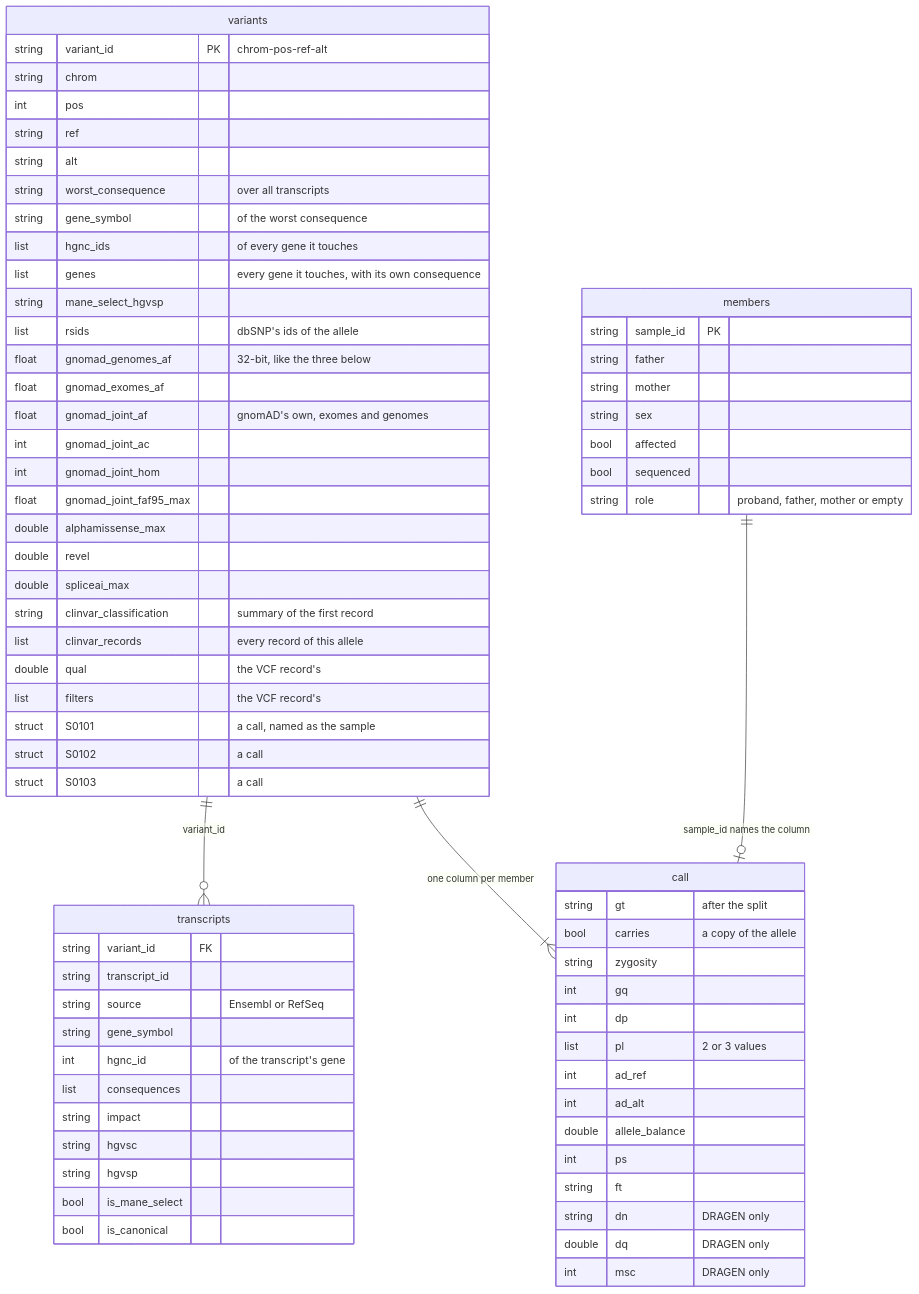
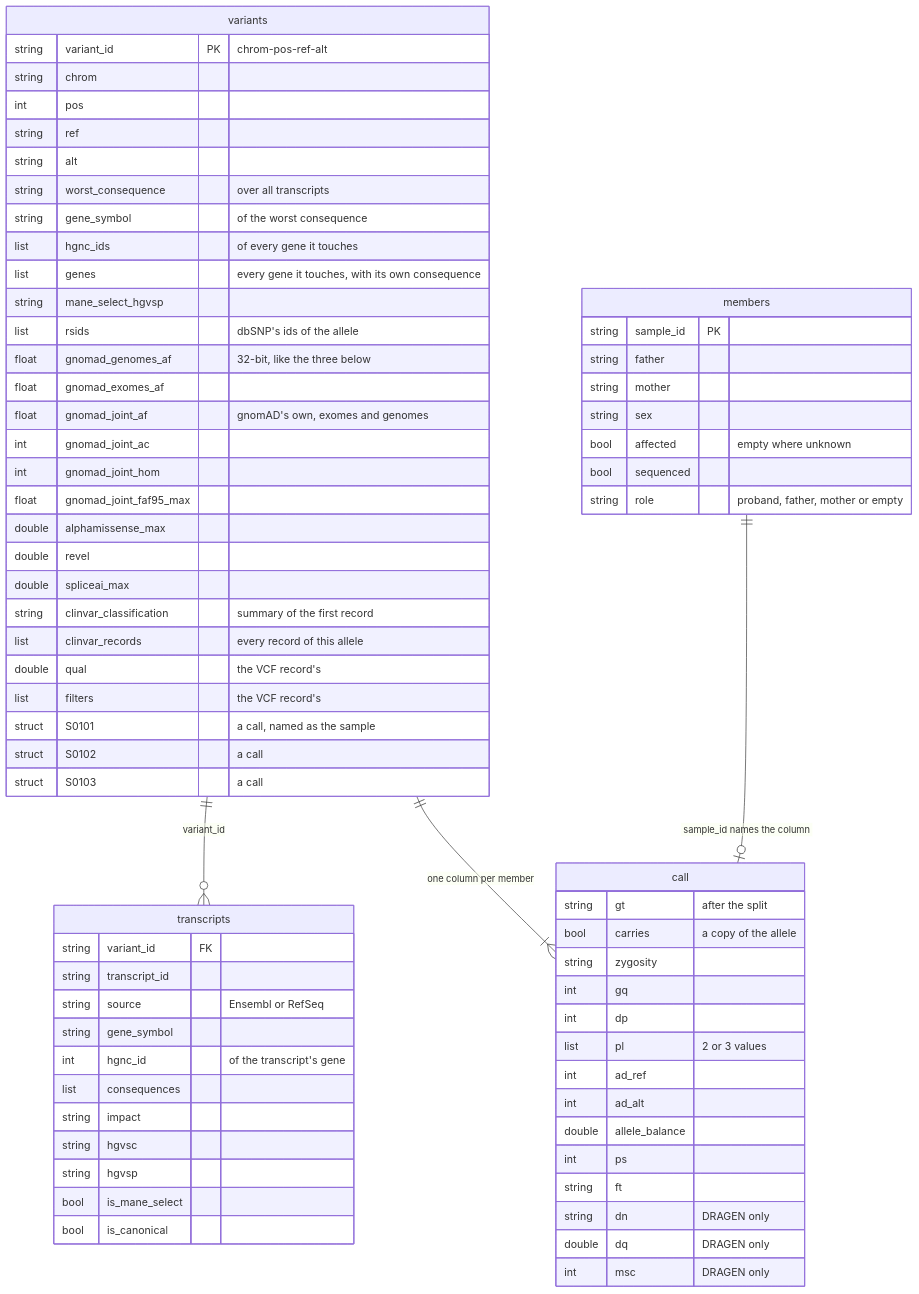
One commit to populationgenomics/case-annotation-pipeline changed the second of 4 diagrams in docs/family-tables.md. Above: the diagram before and after it, drawn with Mermaid. The commit also changed other lines of this file and 27 other files, not shown here.

First line of the commit message:
Write an unknown as null: `carries` without a call, `affected` without a phenotype (#11)

````diff
--- a/docs/family-tables.md
+++ b/docs/family-tables.md
@@ -89,73 +89,73 @@
 ```mermaid
 erDiagram
     variants ||--o{ transcripts : "variant_id"
     variants ||--|{ call : "one column per member"
     members ||--o| call : "sample_id names the column"
     variants {
         string variant_id PK "chrom-pos-ref-alt"
         string chrom
         int pos
         string ref
         string alt
         string worst_consequence "over all transcripts"
         string gene_symbol "of the worst consequence"
         list hgnc_ids "of every gene it touches"
         list genes "every gene it touches, with its own consequence"
         string mane_select_hgvsp
         list rsids "dbSNP's ids of the allele"
         float gnomad_genomes_af "32-bit, like the three below"
         float gnomad_exomes_af
         float gnomad_joint_af "gnomAD's own, exomes and genomes"
         int gnomad_joint_ac
         int gnomad_joint_hom
         float gnomad_joint_faf95_max
         double alphamissense_max
         double revel
         double spliceai_max
         string clinvar_classification "summary of the first record"
         list clinvar_records "every record of this allele"
         double qual "the VCF record's"
         list filters "the VCF record's"
         struct S0101 "a call, named as the sample"
         struct S0102 "a call"
         struct S0103 "a call"
     }
     transcripts {
         string variant_id FK
         string transcript_id
         string source "Ensembl or RefSeq"
         string gene_symbol
         int hgnc_id "of the transcript's gene"
         list consequences
         string impact
         string hgvsc
         string hgvsp
         bool is_mane_select
         bool is_canonical
     }
     call {
         string gt "after the split"
         bool carries "a copy of the allele"
         string zygosity
         int gq
         int dp
         list pl "2 or 3 values"
         int ad_ref
         int ad_alt
         double allele_balance
         int ps
         string ft
         string dn "DRAGEN only"
         double dq "DRAGEN only"
         int msc "DRAGEN only"
     }
     members {
         string sample_id PK
         string father
         string mother
         string sex
-        bool affected
+        bool affected "empty where unknown"
         bool sequenced
         string role "proband, father, mother or empty"
     }
 ```
````
